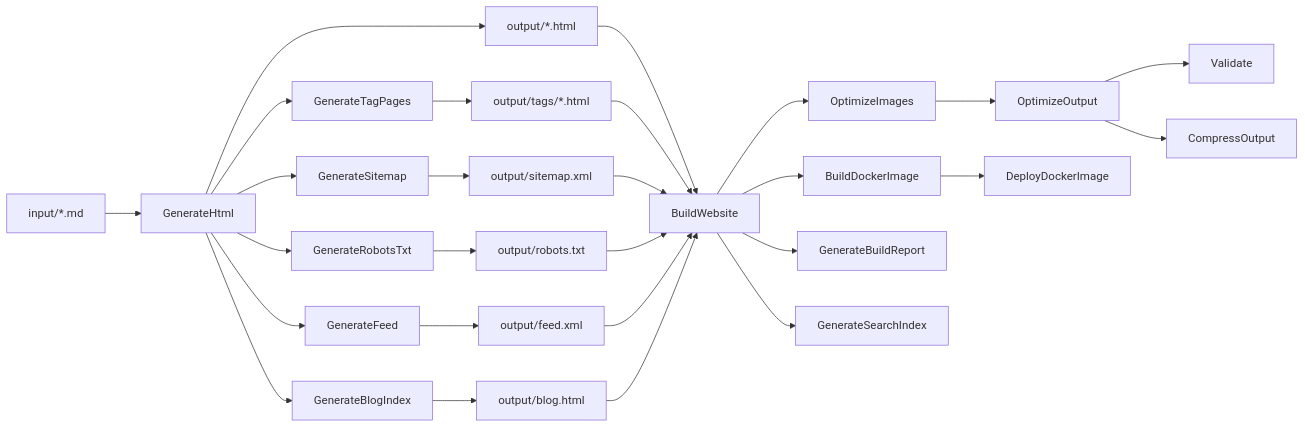
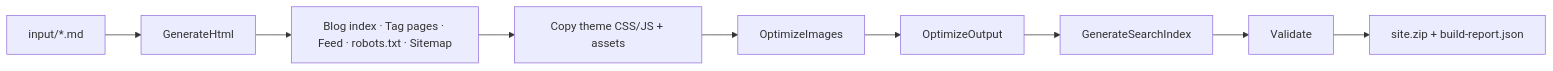
One commit to Atypical-Consulting/StaticWGen changed the diagram in README.md. Above: the diagram before and after it, drawn with Mermaid. The commit also changed other lines of this file and 36 other files, not shown here.

````diff
--- a/README.md
+++ b/README.md
@@ -61,24 +63,11 @@
 ```mermaid
 graph LR
     A[input/*.md] --> B[GenerateHtml]
-    B --> C[output/*.html]
-    B --> D[GenerateTagPages]
-    B --> E[GenerateSitemap]
-    B --> F[GenerateRobotsTxt]
-    B --> G[GenerateFeed]
-    B --> H[GenerateBlogIndex]
-    D --> I[output/tags/*.html]
-    E --> J[output/sitemap.xml]
-    F --> K[output/robots.txt]
-    G --> L[output/feed.xml]
-    H --> M[output/blog.html]
-    C & I & J & K & L & M --> N[BuildWebsite]
-    N --> O[OptimizeImages]
-    O --> P[OptimizeOutput]
-    P --> Q[Validate]
-    P --> R[CompressOutput]
-    N --> S[BuildDockerImage]
-    S --> T[DeployDockerImage]
-    N --> U[GenerateBuildReport]
-    N --> V[GenerateSearchIndex]
+    B --> C[Blog index · Tag pages · Feed · robots.txt · Sitemap]
+    C --> D[Copy theme CSS/JS + assets]
+    D --> E[OptimizeImages]
+    E --> F[OptimizeOutput]
+    F --> G[GenerateSearchIndex]
+    G --> H[Validate]
+    H --> I[site.zip + build-report.json]
 ```
````
